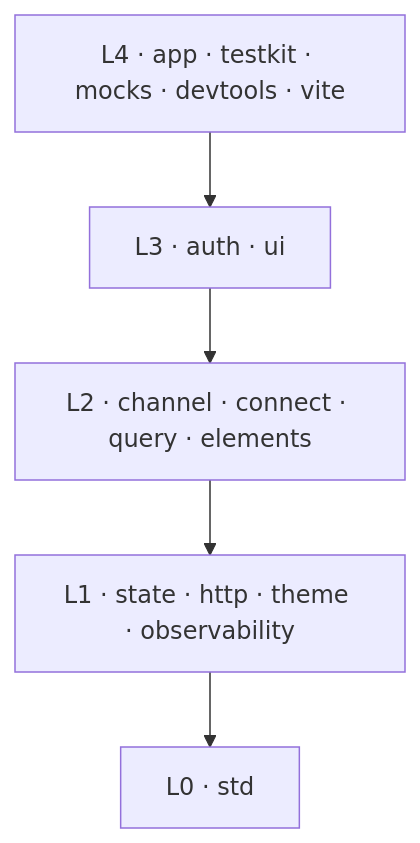
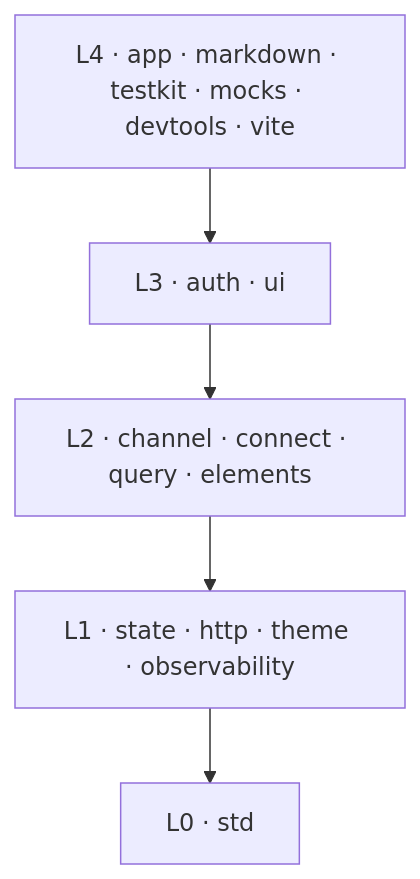
One commit to kbukum/plainworks changed the diagram in README.md. Above: the diagram before and after it, drawn with Mermaid. The commit also changed other lines of this file and 54 other files, not shown here.

````diff
--- a/README.md
+++ b/README.md
@@ -57,7 +58,7 @@
 ```mermaid
 flowchart TD
-  L4["L4 · app · testkit · mocks · devtools · vite"] --> L3["L3 · auth · ui"]
+  L4["L4 · app · markdown · testkit · mocks · devtools · vite"] --> L3["L3 · auth · ui"]
   L3 --> L2["L2 · channel · connect · query · elements"]
   L2 --> L1["L1 · state · http · theme · observability"]
   L1 --> L0["L0 · std"]
 ```
````
